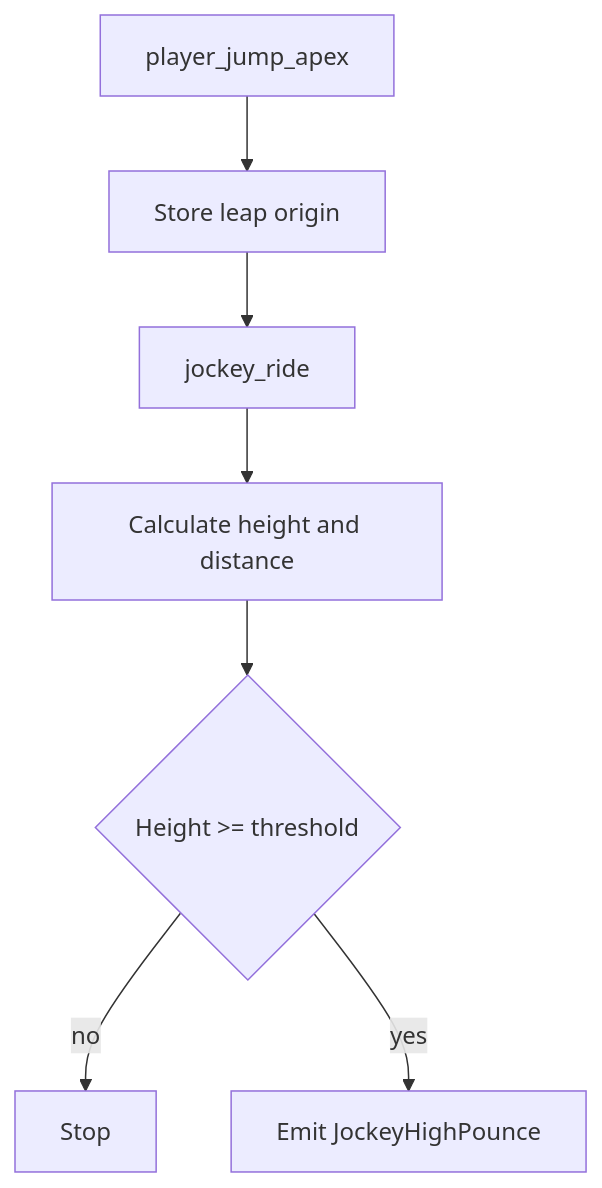
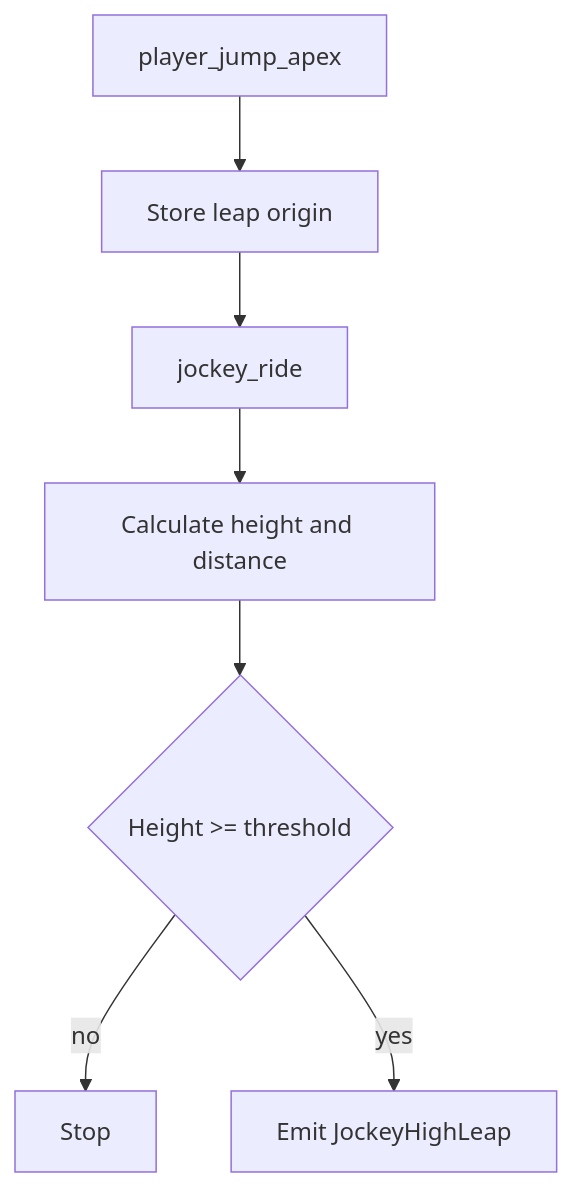
Before and after one commit to AoC-Gamers/L4D2-Player-Skills: the first of 4 diagrams in docs/l4d2-skills-flow-jockey.md, drawn with Mermaid. The commit also changed other lines of this file and 15 other files, not shown here.

Commit message:
Renombrar JockeyHighPounce a JockeyHighLeap y actualizar la lógica de eventos y traducciones correspondientes

````diff
--- a/docs/l4d2-skills-flow-jockey.md
+++ b/docs/l4d2-skills-flow-jockey.md
@@ -65,9 +72,9 @@
 ```mermaid
 flowchart TD
     A[player_jump_apex] --> B[Store leap origin]
     B --> C[jockey_ride]
     C --> D[Calculate height and distance]
     D --> E{Height >= threshold}
     E -->|no| F[Stop]
-    E -->|yes| G[Emit JockeyHighPounce]
+    E -->|yes| G[Emit JockeyHighLeap]
 ```
````
